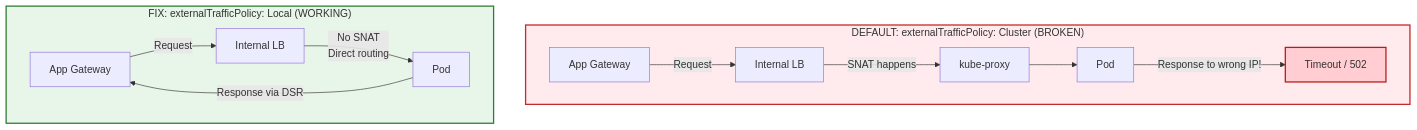
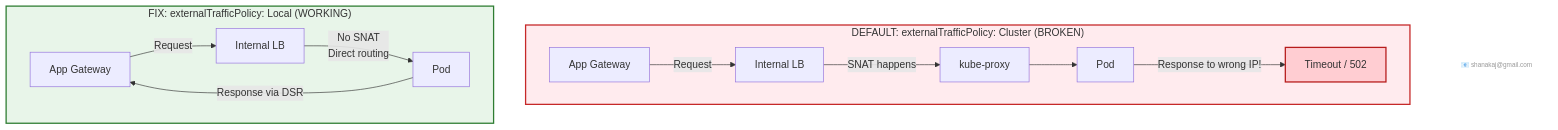
One commit to shanaka-versent/shanaka-aks-poc changed the seventh of 7 diagrams in README.md. Above: the diagram before and after it, drawn with Mermaid. The commit also changed other lines of this file, not shown here.

Commit message:
Add watermark

````diff
--- a/README.md
+++ b/README.md
@@ -465,25 +482,28 @@
 ```mermaid
 flowchart TB
     subgraph Broken["DEFAULT: externalTrafficPolicy: Cluster (BROKEN)"]
         direction LR
         AGW1["App Gateway"] -->|"Request"| ILB1["Internal LB"]
         ILB1 -->|"SNAT happens"| KP1["kube-proxy"]
         KP1 --> Pod1["Pod"]
         Pod1 -->|"Response to wrong IP!"| X1["Timeout / 502"]
     end
 
     subgraph Working["FIX: externalTrafficPolicy: Local (WORKING)"]
         direction LR
         AGW2["App Gateway"] -->|"Request"| ILB2["Internal LB"]
         ILB2 -->|"No SNAT<br/>Direct routing"| Pod2["Pod"]
         Pod2 -->|"Response via DSR"| AGW2
     end
 
     classDef broken fill:#ffebee,stroke:#c62828,stroke-width:2px,color:#333
     classDef working fill:#e8f5e9,stroke:#2e7d32,stroke-width:2px,color:#333
     classDef error fill:#ffcdd2,stroke:#b71c1c,stroke-width:2px,color:#333
 
     class Broken broken
     class Working working
     class X1 error
+
+    WM["📧 shanakaj@gmail.com"]:::watermark
+    classDef watermark fill:none,stroke:none,color:#999,font-size:10px
 ```
````
